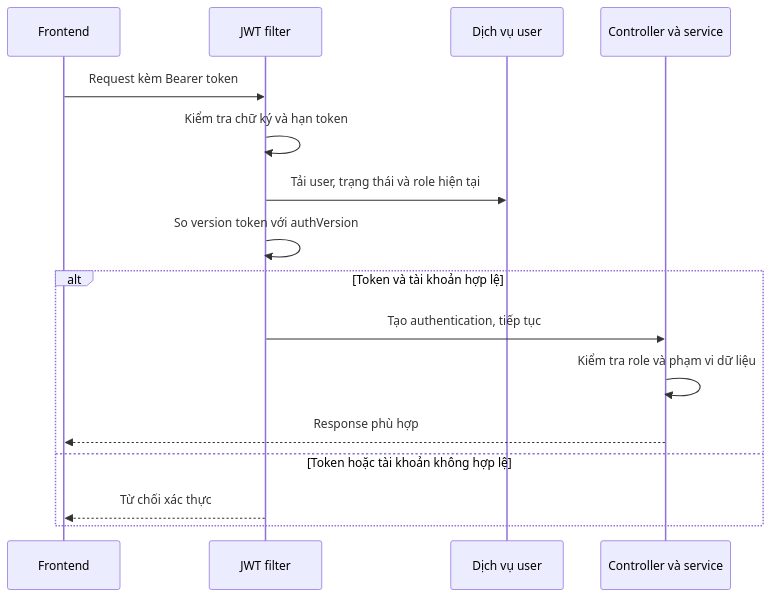
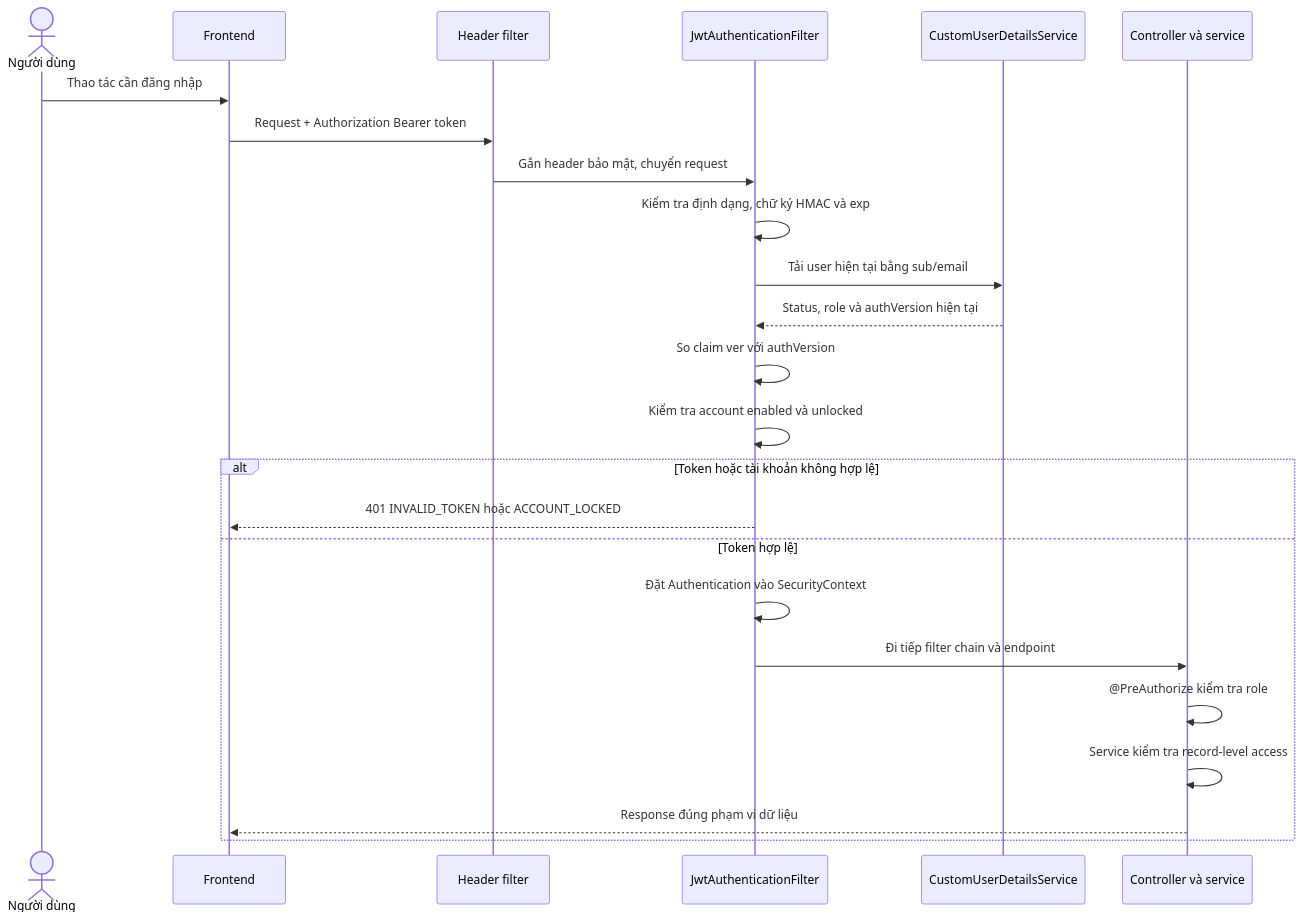
One commit to doanthetin193/gym-management-system changed diagram 12 of 14 in internship/final_report/bao-cao-tong-ket-do-an.md. Above: the diagram before and after it, drawn with Mermaid. The commit also changed other lines of this file and 55 other files, not shown here.

````diff
--- a/internship/final_report/bao-cao-tong-ket-do-an.md
+++ b/internship/final_report/bao-cao-tong-ket-do-an.md
@@ -604,18 +939,27 @@
 ```mermaid
 sequenceDiagram
+    actor User as Người dùng
     participant UI as Frontend
-    participant Filter as JWT filter
-    participant Users as Dịch vụ user
+    participant Header as Header filter
+    participant JWT as JwtAuthenticationFilter
+    participant Users as CustomUserDetailsService
     participant API as Controller và service
-    UI->>Filter: Request kèm Bearer token
-    Filter->>Filter: Kiểm tra chữ ký và hạn token
-    Filter->>Users: Tải user, trạng thái và role hiện tại
-    Filter->>Filter: So version token với authVersion
-    alt Token và tài khoản hợp lệ
-        Filter->>API: Tạo authentication, tiếp tục
-        API->>API: Kiểm tra role và phạm vi dữ liệu
-        API-->>UI: Response phù hợp
-    else Token hoặc tài khoản không hợp lệ
-        Filter-->>UI: Từ chối xác thực
+
+    User->>UI: Thao tác cần đăng nhập
+    UI->>Header: Request + Authorization Bearer token
+    Header->>JWT: Gắn header bảo mật, chuyển request
+    JWT->>JWT: Kiểm tra định dạng, chữ ký HMAC và exp
+    JWT->>Users: Tải user hiện tại bằng sub/email
+    Users-->>JWT: Status, role và authVersion hiện tại
+    JWT->>JWT: So claim ver với authVersion
+    JWT->>JWT: Kiểm tra account enabled và unlocked
+    alt Token hoặc tài khoản không hợp lệ
+        JWT-->>UI: 401 INVALID_TOKEN hoặc ACCOUNT_LOCKED
+    else Token hợp lệ
+        JWT->>JWT: Đặt Authentication vào SecurityContext
+        JWT->>API: Đi tiếp filter chain và endpoint
+        API->>API: @PreAuthorize kiểm tra role
+        API->>API: Service kiểm tra record-level access
+        API-->>UI: Response đúng phạm vi dữ liệu
     end
 ```
````
